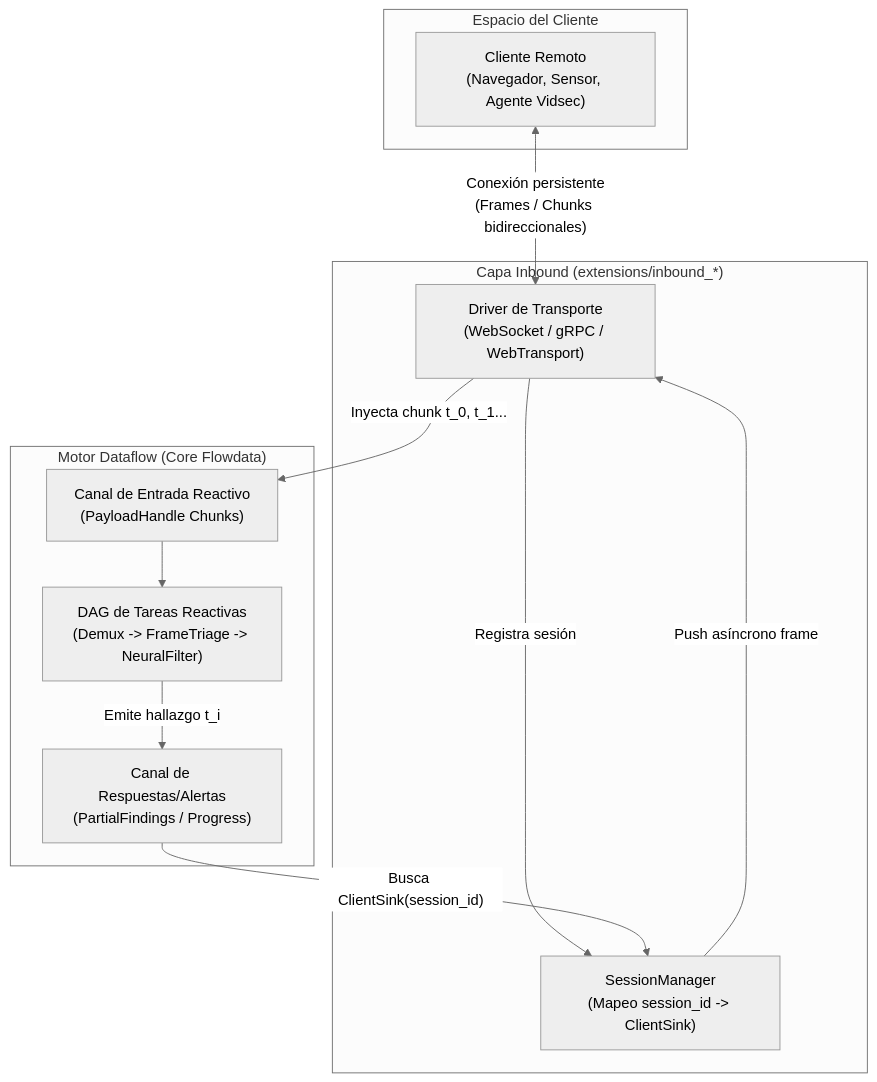
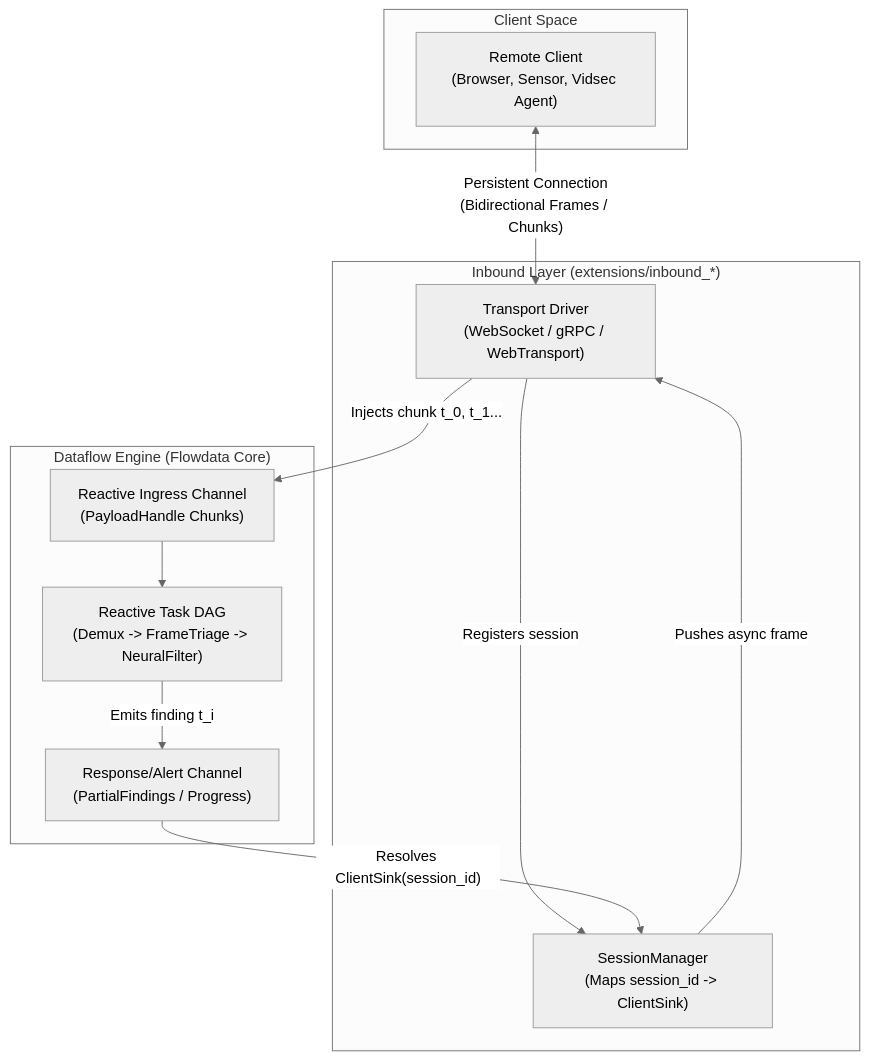
One commit to g-gar/vidsec changed the diagram in docs/analysis/persistent_sources_and_bidirectional_transports.md. Above: the diagram before and after it, drawn with Mermaid (neutral theme). The commit also changed other lines of this file and 11 other files, not shown here.

````diff
--- a/docs/analysis/persistent_sources_and_bidirectional_transports.md
+++ b/docs/analysis/persistent_sources_and_bidirectional_transports.md
@@ -102,25 +102,25 @@
 ```mermaid
 flowchart TD
-    subgraph ClientSpace["Espacio del Cliente"]
-        Client["Cliente Remoto<br/>(Navegador, Sensor, Agente Vidsec)"]
+    subgraph ClientSpace["Client Space"]
+        Client["Remote Client<br/>(Browser, Sensor, Vidsec Agent)"]
     end
 
-    subgraph InboundLayer["Capa Inbound (extensions/inbound_*)"]
-        TransportDriver["Driver de Transporte<br/>(WebSocket / gRPC / WebTransport)"]
-        SessionReg["SessionManager<br/>(Mapeo session_id -> ClientSink)"]
+    subgraph InboundLayer["Inbound Layer (extensions/inbound_*)"]
+        TransportDriver["Transport Driver<br/>(WebSocket / gRPC / WebTransport)"]
+        SessionReg["SessionManager<br/>(Maps session_id -> ClientSink)"]
     end
 
-    subgraph FlowdataEngine["Motor Dataflow (Core Flowdata)"]
-        IngressQueue["Canal de Entrada Reactivo<br/>(PayloadHandle Chunks)"]
-        DAG["DAG de Tareas Reactivas<br/>(Demux -> FrameTriage -> NeuralFilter)"]
-        EgressQueue["Canal de Respuestas/Alertas<br/>(PartialFindings / Progress)"]
+    subgraph FlowdataEngine["Dataflow Engine (Flowdata Core)"]
+        IngressQueue["Reactive Ingress Channel<br/>(PayloadHandle Chunks)"]
+        DAG["Reactive Task DAG<br/>(Demux -> FrameTriage -> NeuralFilter)"]
+        EgressQueue["Response/Alert Channel<br/>(PartialFindings / Progress)"]
     end
 
-    Client <-->|"Conexión persistente<br/>(Frames / Chunks bidireccionales)"| TransportDriver
-    TransportDriver -->|"Registra sesión"| SessionReg
-    TransportDriver -->|"Inyecta chunk t_0, t_1..."| IngressQueue
+    Client <-->|"Persistent Connection<br/>(Bidirectional Frames / Chunks)"| TransportDriver
+    TransportDriver -->|"Registers session"| SessionReg
+    TransportDriver -->|"Injects chunk t_0, t_1..."| IngressQueue
     IngressQueue --> DAG
-    DAG -->|"Emite hallazgo t_i"| EgressQueue
-    EgressQueue -->|"Busca ClientSink(session_id)"| SessionReg
-    SessionReg -->|"Push asíncrono frame"| TransportDriver
+    DAG -->|"Emits finding t_i"| EgressQueue
+    EgressQueue -->|"Resolves ClientSink(session_id)"| SessionReg
+    SessionReg -->|"Pushes async frame"| TransportDriver
 ```
````
